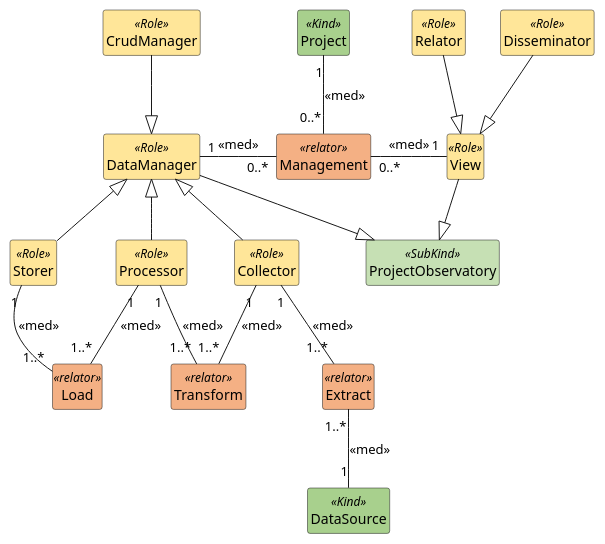
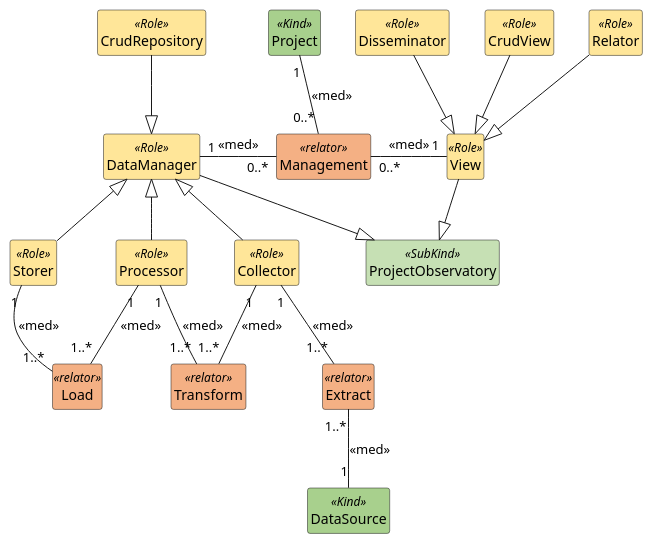
The diagram in mpo_structures_observatory_formalization.puml (kvojps/onto-mpo), drawn with PlantUML before and after one commit. The commit also changed 1 other file, not shown here.

Commit message:
[refac]: replace CrudManager with CrudRepository and update relationships in MPO Structures Observatory formalization

```diff
--- a/mpo_structures_observatory_formalization.puml
+++ b/mpo_structures_observatory_formalization.puml
@@ -1,39 +1,41 @@
 @startuml MPO Structures Observatory Formalization
 hide members
 skinparam style strictuml
 
 class ProjectObservatory <<SubKind>> #C6E0B4 {}
 class View <<Role>> #FFE699 {}
+class CrudView <<Role>> #FFE699 {}
 class Relator <<Role>> #FFE699 {}
 class Disseminator <<Role>> #FFE699 {}
 class DataManager <<Role>> #FFE699 {}
-class CrudManager <<Role>> #FFE699 {}
+class CrudRepository <<Role>> #FFE699 {}
 class DataSource <<Kind>> #A8D08D {}
 class Extract <<relator>> #F4B084 {}
 class Collector <<Role>> #FFE699 {}
 class Transform <<relator>> #F4B084 {}
 class Processor <<Role>> #FFE699 {}
 class Load <<relator>> #F4B084 {}
 class Storer <<Role>> #FFE699 {}
 class Project <<Kind>> #A8D08D {}
 class Management <<relator>> #F4B084 {}
 
 ProjectObservatory <|-up- DataManager
 ProjectObservatory <|-up- View
 View "1" -left- "0..*" Management : <<med>>
+CrudView --|> View
 Relator --|> View
 Disseminator --|> View
-DataManager <|-up- CrudManager
+DataManager <|-up- CrudRepository
 DataManager "1" -right- "0..*" Management : <<med>>
 DataSource "1" -up- "1..*" Extract : <<med>>
 Extract "1..*" -up- "1" Collector : <<med>>
 Collector -up-|> DataManager
 Collector "1" -down- "1..*" Transform: <<med>>
 Transform "1..*" -up- "1" Processor: <<med>>
 Processor -up-|> DataManager
 Processor "1" -down- "1..*" Load: <<med>>
 Load "1..*" -up- "1" Storer: <<med>>
 Storer -up-|> DataManager
 Project "1" -down- "0..*" Management : <<med>>
 
 @enduml
```
